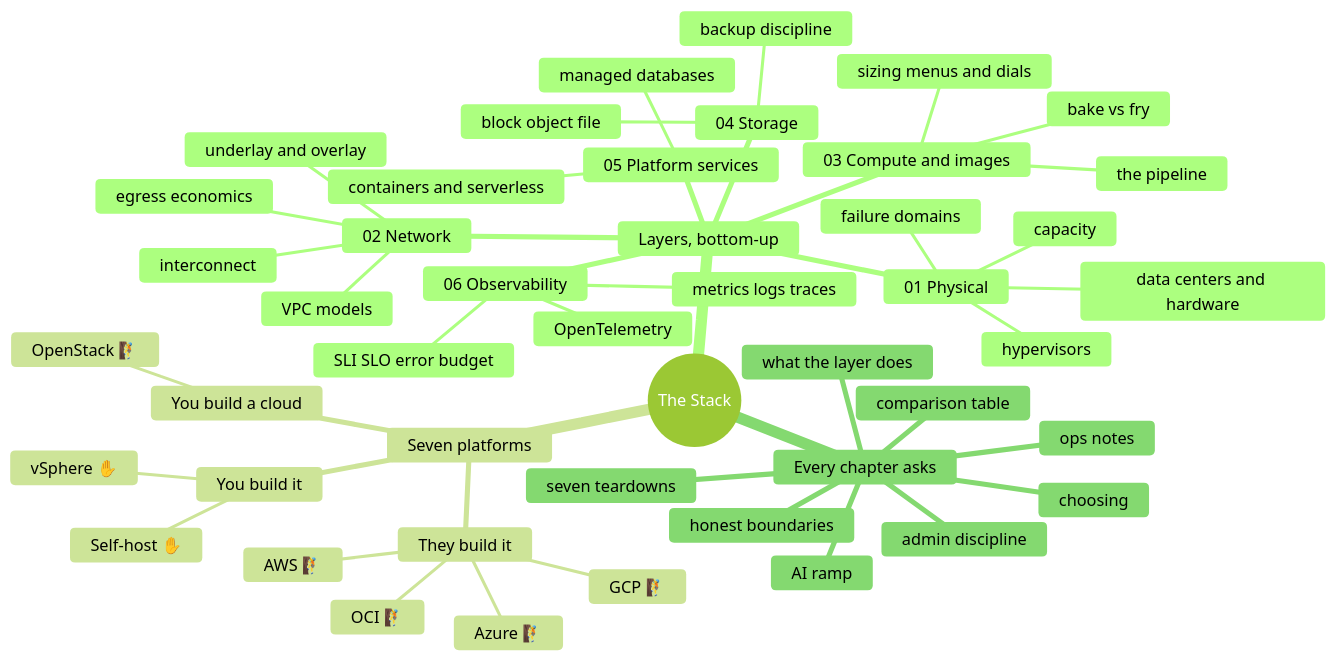
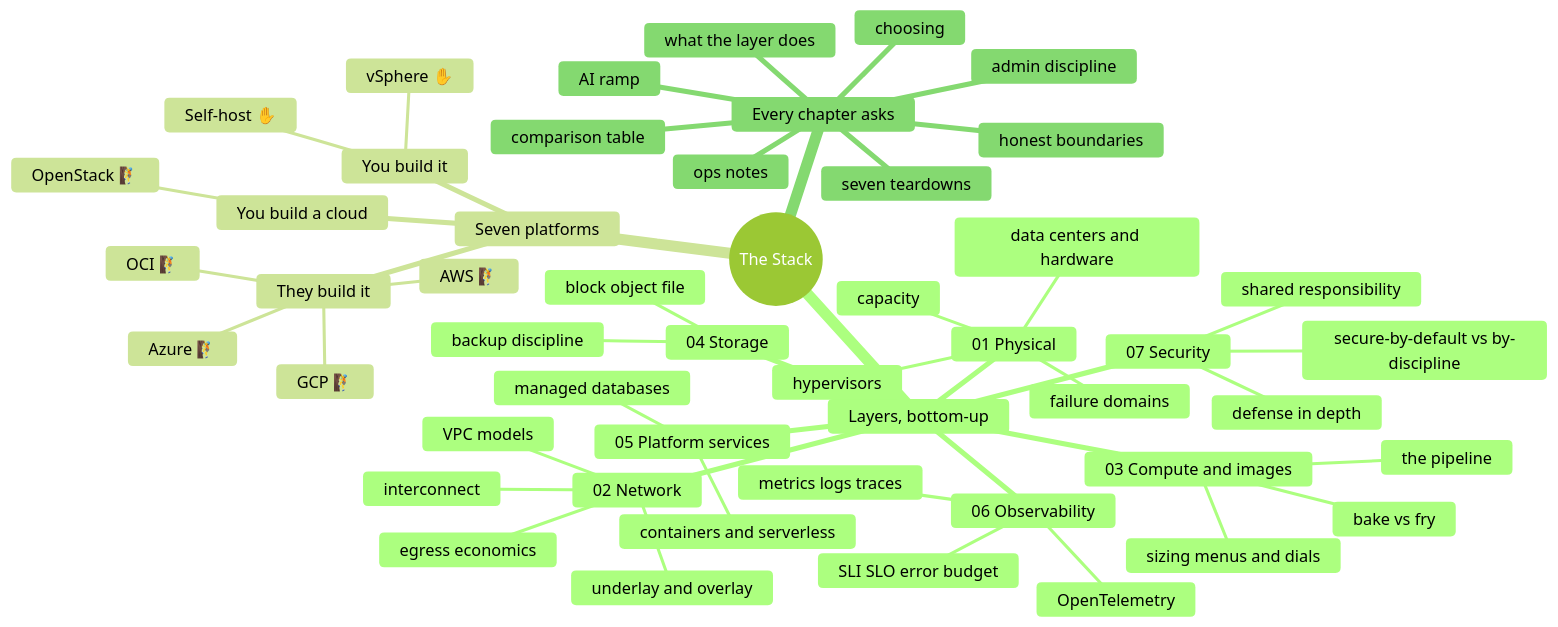
The diagram in the-stack/README.md (vicenteliu/sysadmin-self-cultivation), drawn with Mermaid (forest theme) before and after one commit. The commit also changed other lines of this file and 3 other files, not shown here.

````diff
--- a/the-stack/README.md
+++ b/the-stack/README.md
@@ -42,49 +42,53 @@
 ```mermaid
 mindmap
   root((The Stack))
     Layers, bottom-up
       01 Physical
         data centers and hardware
         hypervisors
         failure domains
         capacity
       02 Network
         underlay and overlay
         VPC models
         interconnect
         egress economics
       03 Compute and images
         the pipeline
         bake vs fry
         sizing menus and dials
       04 Storage
         block object file
         backup discipline
       05 Platform services
         containers and serverless
         managed databases
       06 Observability
         metrics logs traces
         SLI SLO error budget
         OpenTelemetry
+      07 Security
+        shared responsibility
+        defense in depth
+        secure-by-default vs by-discipline
     Seven platforms
       You build it
         Self-host ✋
         vSphere ✋
       You build a cloud
         OpenStack 🧗
       They build it
         AWS 🧗
         Azure 🧗
         GCP 🧗
         OCI 🧗
     Every chapter asks
       what the layer does
       seven teardowns
       comparison table
       choosing
       ops notes
       admin discipline
       AI ramp
       honest boundaries
 ```
````
